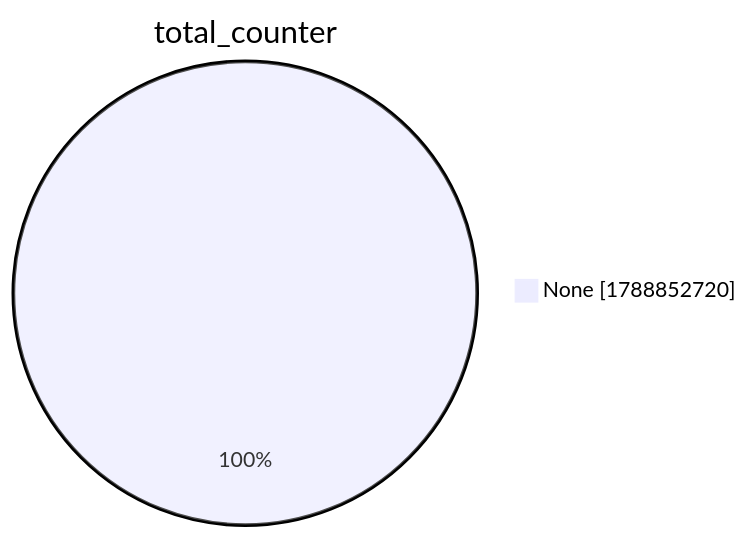
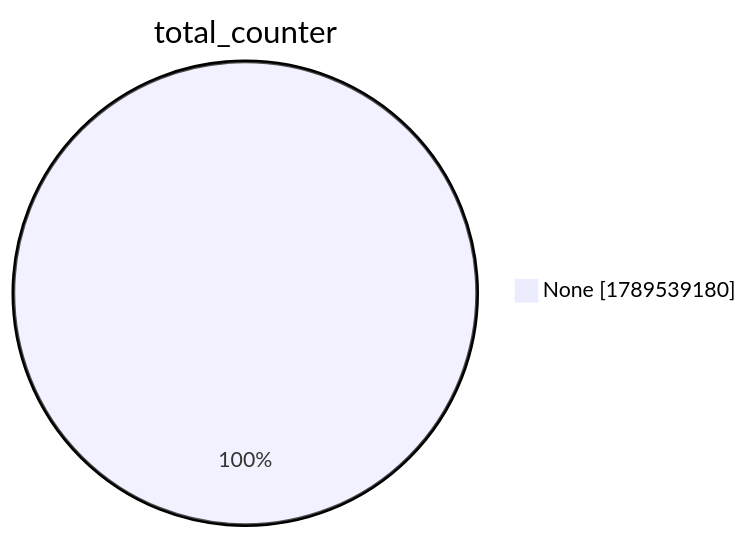
One commit to christiankrug/ctmonitor_visualization changed the second of 15 diagrams in xenon2022/README.md. Above: the diagram before and after it, drawn with Mermaid. The commit also changed other lines of this file, not shown here.

````diff
--- a/xenon2022/README.md
+++ b/xenon2022/README.md
@@ -9,5 +9,5 @@
 ```mermaid
 pie showData
 title total_counter
-"None" :1788852720
+"None" :1789539180
 ```
````
